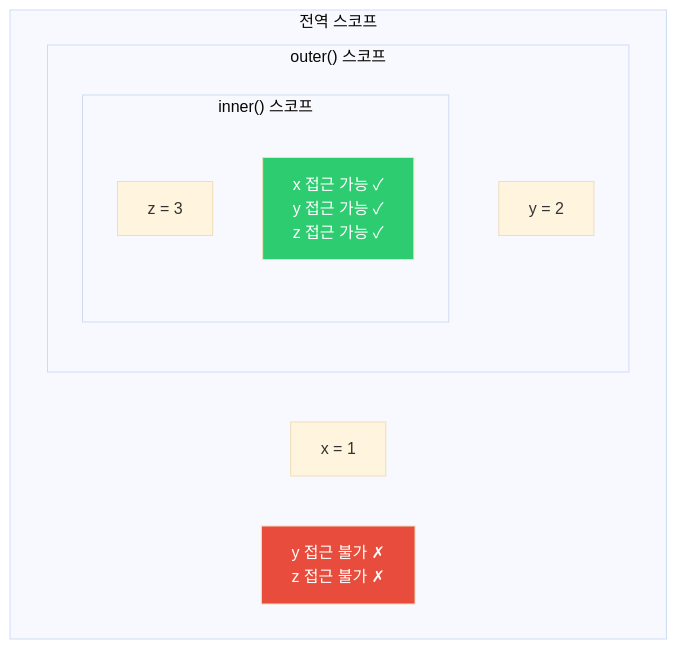
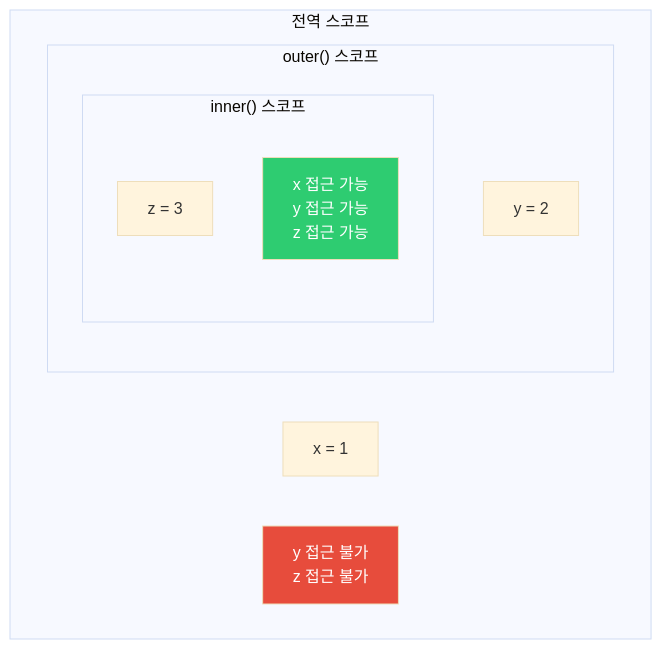
The first of 8 diagrams in _posts/frontend/2026-05-02-js-closure.md (yjkim2015/yjkim2015.github.io), drawn with Mermaid (base theme) before and after one commit. The commit also changed other lines of this file and 122 other files, not shown here.

````diff
--- a/_posts/frontend/2026-05-02-js-closure.md
+++ b/_posts/frontend/2026-05-02-js-closure.md
@@ -37,17 +43,17 @@
 ```mermaid
 graph TD
     subgraph "전역 스코프"
         G[x = 1]
         subgraph "outer() 스코프"
             O[y = 2]
             subgraph "inner() 스코프"
                 I[z = 3]
-                I_ACCESS["x 접근 가능 ✓<br>y 접근 가능 ✓<br>z 접근 가능 ✓"]
+                I_ACCESS["x 접근 가능<br>y 접근 가능<br>z 접근 가능"]
             end
         end
-        G_ACCESS["y 접근 불가 ✗<br>z 접근 불가 ✗"]
+        G_ACCESS["y 접근 불가<br>z 접근 불가"]
     end
 
     style I_ACCESS fill:#2ecc71,color:#fff
     style G_ACCESS fill:#e74c3c,color:#fff
 ```
````
